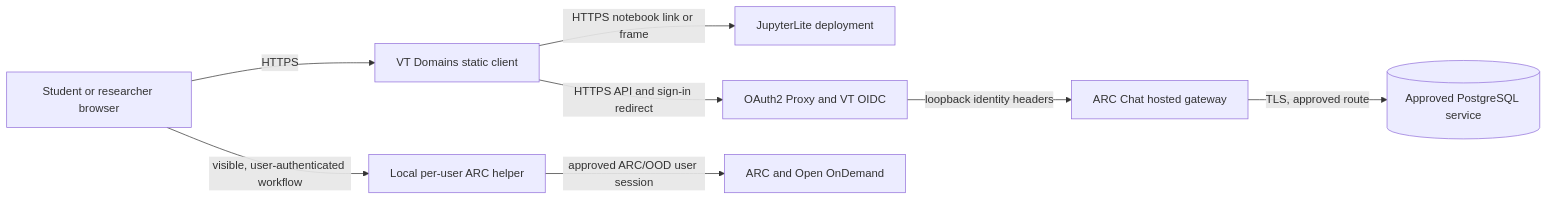
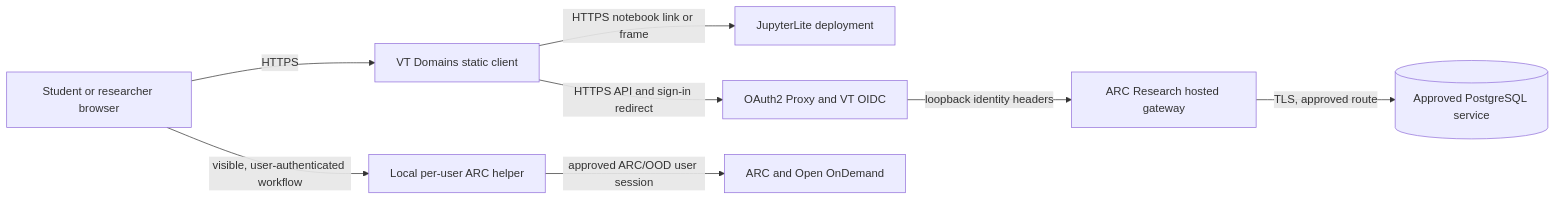
The diagram in docs/COMMON_PLATFORM_ONBOARDING.md (FL2744/arc-chat), drawn with Mermaid before and after one commit. The commit also changed other lines of this file and 57 other files, not shown here.

First line of the commit message:
Rename ARC Chat to ARC Research and add core orchestration modules

````diff
--- a/docs/COMMON_PLATFORM_ONBOARDING.md
+++ b/docs/COMMON_PLATFORM_ONBOARDING.md
@@ -54,19 +54,19 @@
 ```mermaid
 flowchart LR
     Student[Student or researcher browser]
     Static[VT Domains static client]
     Lite[JupyterLite deployment]
     Proxy[OAuth2 Proxy and VT OIDC]
-    Gateway[ARC Chat hosted gateway]
+    Gateway[ARC Research hosted gateway]
     DB[(Approved PostgreSQL service)]
     ARC[ARC and Open OnDemand]
     Helper[Local per-user ARC helper]
 
     Student -->|HTTPS| Static
     Static -->|HTTPS notebook link or frame| Lite
     Static -->|HTTPS API and sign-in redirect| Proxy
     Proxy -->|loopback identity headers| Gateway
     Gateway -->|TLS, approved route| DB
     Student -->|visible, user-authenticated workflow| Helper
     Helper -->|approved ARC/OOD user session| ARC
 ```
````
